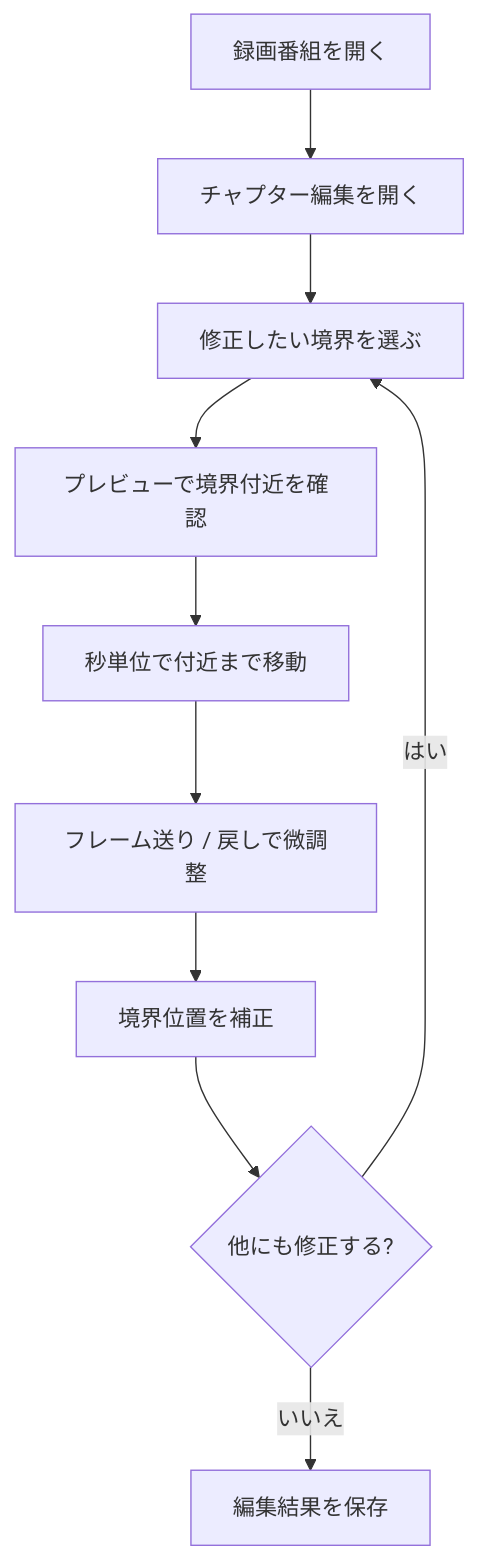
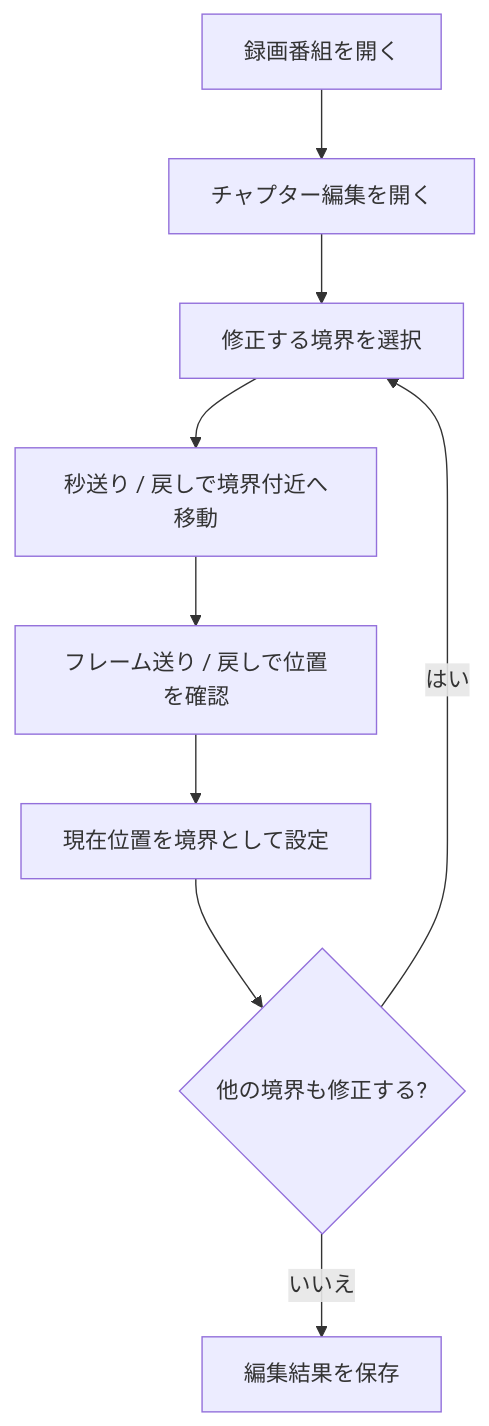
Before and after one commit to rucola-salad/docker-mirakurun-epgstation: the fourth of 6 diagrams in README.md, drawn with Mermaid. The commit also changed other lines of this file, not shown here.

````diff
--- a/README.md
+++ b/README.md
@@ -259,15 +275,11 @@
 ```mermaid
 flowchart TD
-    A[録画番組を開く]
-    B[チャプター編集を開く]
-    C[修正したい境界を選ぶ]
-    D[プレビューで境界付近を確認]
-    E[秒単位で付近まで移動]
-    F[フレーム送り / 戻しで微調整]
-    G[境界位置を補正]
-    H{他にも修正する?}
-    I[編集結果を保存]
-    A --> B --> C --> D --> E --> F --> G --> H
-    H -->|はい| C
-    H -->|いいえ| I
+    A[録画番組を開く] --> B[チャプター編集を開く]
+    B --> C[修正する境界を選択]
+    C --> D[秒送り / 戻しで境界付近へ移動]
+    D --> E[フレーム送り / 戻しで位置を確認]
+    E --> F[現在位置を境界として設定]
+    F --> G{他の境界も修正する?}
+    G -->|はい| C
+    G -->|いいえ| H[編集結果を保存]
 ```
````
